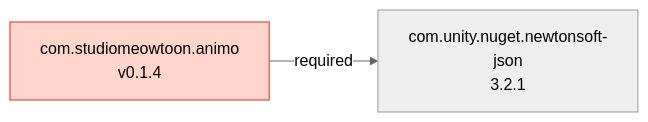
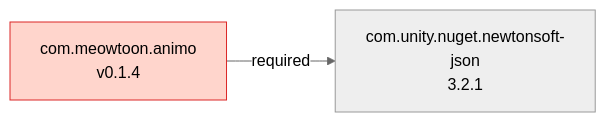
Diagram 42 of 56 in docs/animo_spec.md (hiroxpepe/animo), drawn with Mermaid (neutral theme) before and after one commit. The commit also changed other lines of this file and 4 other files, not shown here.

````diff
--- a/docs/animo_spec.md
+++ b/docs/animo_spec.md
@@ -2626,7 +2626,7 @@
 ```mermaid
 flowchart LR
-  Animo["com.studiomeowtoon.animo<br/>v0.1.4"]
+  Animo["com.meowtoon.animo<br/>v0.1.4"]
   Newtonsoft["com.unity.nuget.newtonsoft-json<br/>3.2.1"]
   Animo -->|"required"| Newtonsoft
   style Animo fill:#ffd5cc,stroke:#dc2626
 ```
````
